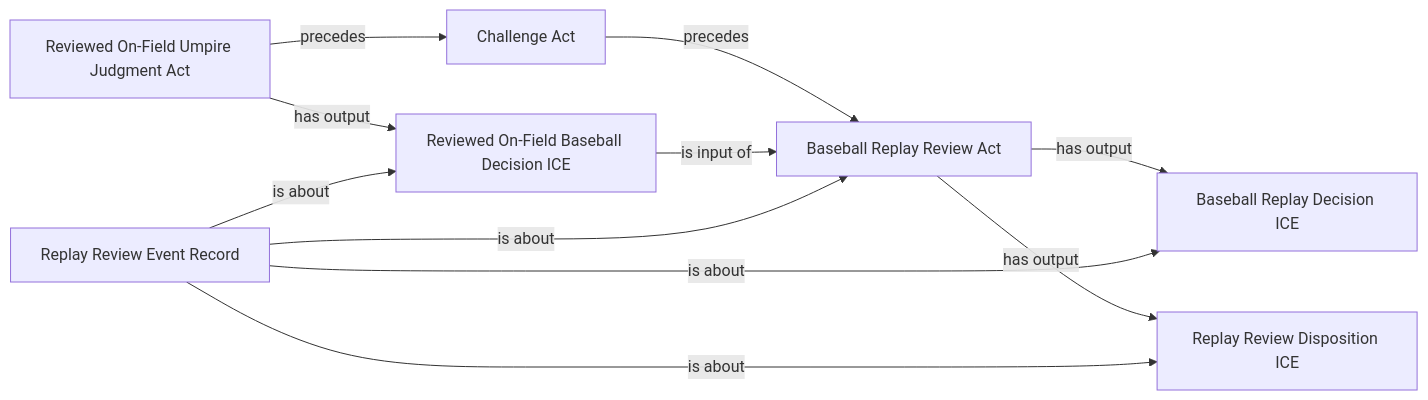
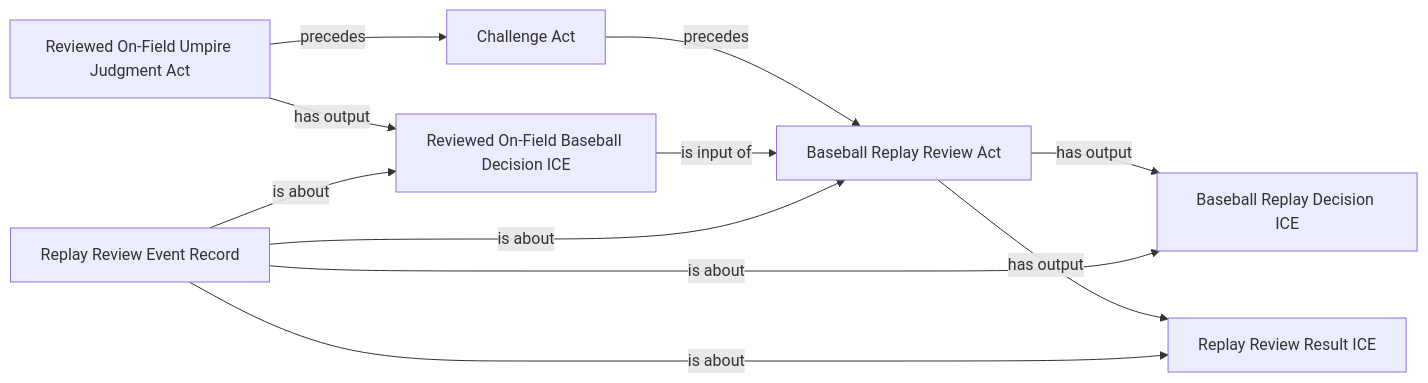
One commit to CarterBeauBenson/BaseballO changed the diagram in Baseball/proposals/replay-review/README.md. Above: the diagram before and after it, drawn with Mermaid. The commit also changed other lines of this file and 5 other files, not shown here.

Commit message:
Promote replay review ontology pattern

````diff
--- a/Baseball/proposals/replay-review/README.md
+++ b/Baseball/proposals/replay-review/README.md
@@ -246,13 +276,13 @@
 ```mermaid
 flowchart LR
     J[Reviewed On-Field Umpire Judgment Act] -->|has output| OD[Reviewed On-Field Baseball Decision ICE]
     J -->|precedes| C[Challenge Act]
     C -->|precedes| R[Baseball Replay Review Act]
     OD -->|is input of| R
     R -->|has output| RD[Baseball Replay Decision ICE]
-    R -->|has output| DISP[Replay Review Disposition ICE]
+    R -->|has output| DISP[Replay Review Result ICE]
     REC[Replay Review Event Record] -->|is about| R
     REC -->|is about| OD
     REC -->|is about| RD
     REC -->|is about| DISP
 ```
````
